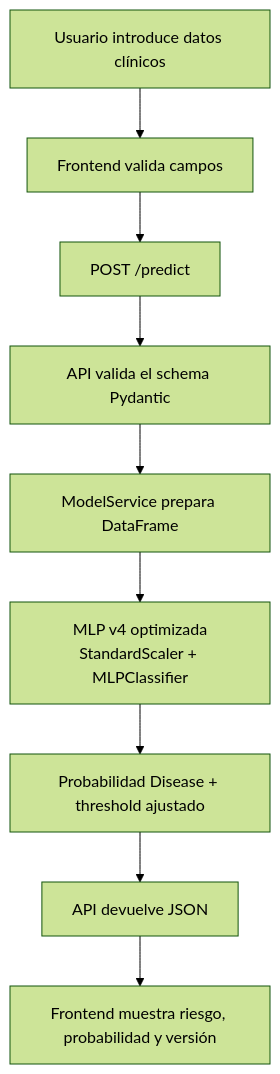
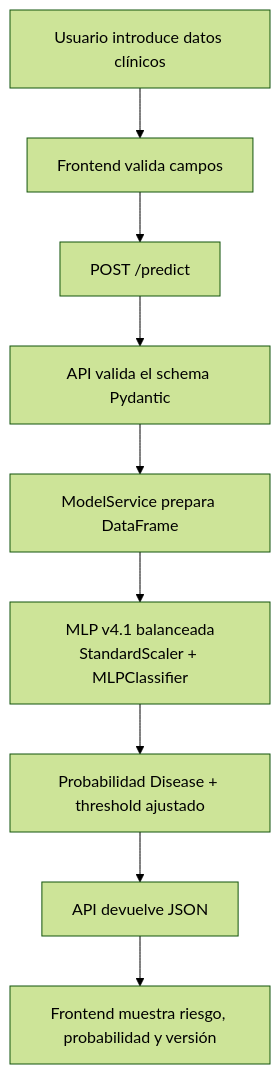
The second of 3 diagrams in README.md (marichu-kt/heart-disease-mlops), drawn with Mermaid (forest theme) before and after one commit. The commit also changed other lines of this file and 11 other files, not shown here.

````diff
--- a/README.md
+++ b/README.md
@@ -142,11 +142,11 @@
 ```mermaid
 flowchart TD
     A["Usuario introduce datos clínicos"] --> B["Frontend valida campos"]
     B --> C["POST /predict"]
     C --> D["API valida el schema Pydantic"]
     D --> E["ModelService prepara DataFrame"]
-    E --> F["MLP v4 optimizada<br/>StandardScaler + MLPClassifier"]
+    E --> F["MLP v4.1 balanceada<br/>StandardScaler + MLPClassifier"]
     F --> G["Probabilidad Disease + threshold ajustado"]
     G --> H["API devuelve JSON"]
     H --> I["Frontend muestra riesgo, probabilidad y versión"]
 ```
````
